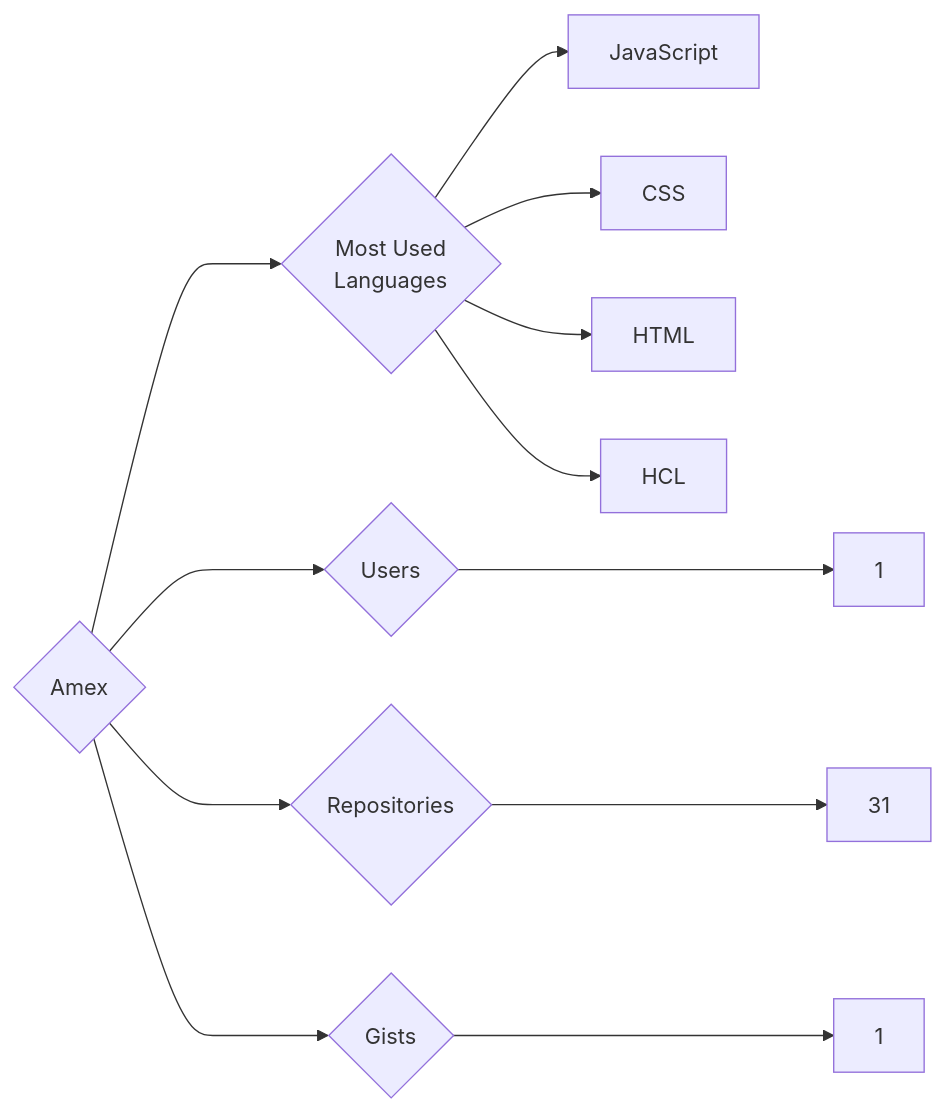
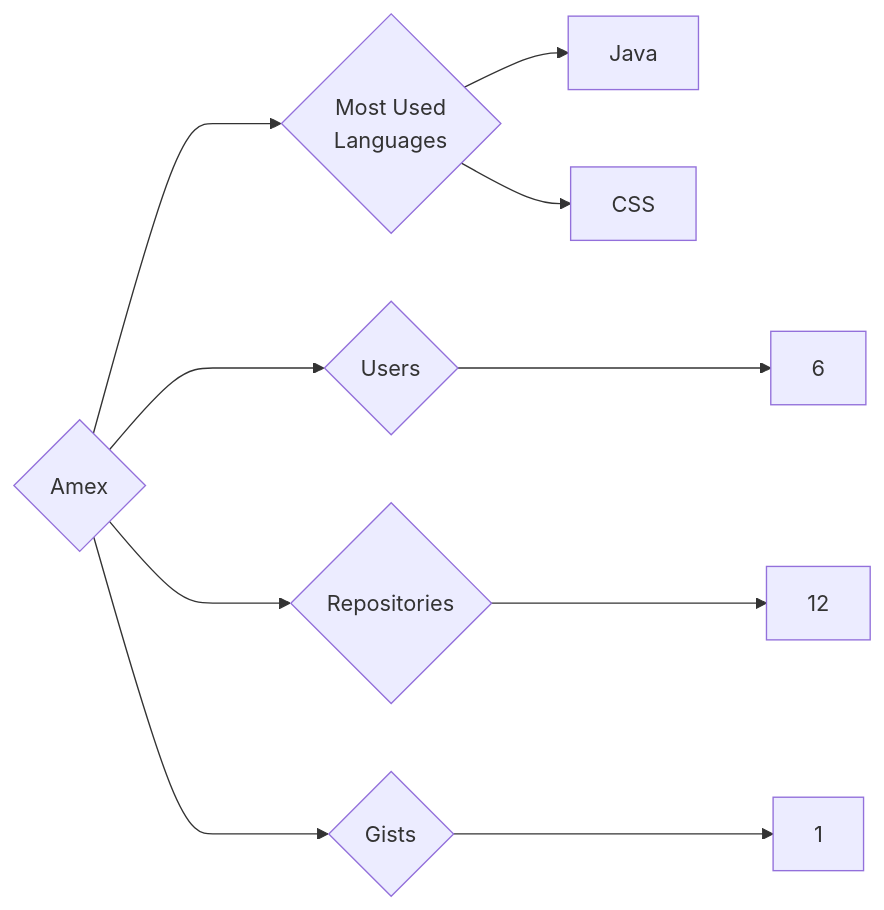
The diagram in targets/Amex/README.md (trickest/insiders), drawn with Mermaid before and after one commit. The commit also changed 1314 other files, not shown here.

````diff
--- a/targets/Amex/README.md
+++ b/targets/Amex/README.md
@@ -3,12 +3,10 @@
 ```mermaid
 graph LR
 COMPANY_NAME{Amex}
-COMPANY_NAME ---> U{Users} ---> UN[1]
-COMPANY_NAME ---> R{Repositories} ---> RN[31]
+COMPANY_NAME ---> U{Users} ---> UN[6]
+COMPANY_NAME ---> R{Repositories} ---> RN[12]
 COMPANY_NAME ---> G{Gists} ---> GN[1]
 COMPANY_NAME ---> ML{Most Used<br>Languages}
-ML --> JavaScript[JavaScript]
+ML --> Java[Java]
 ML --> CSS[CSS]
-ML --> HTML[HTML]
-ML --> HCL[HCL]
 ```
````
